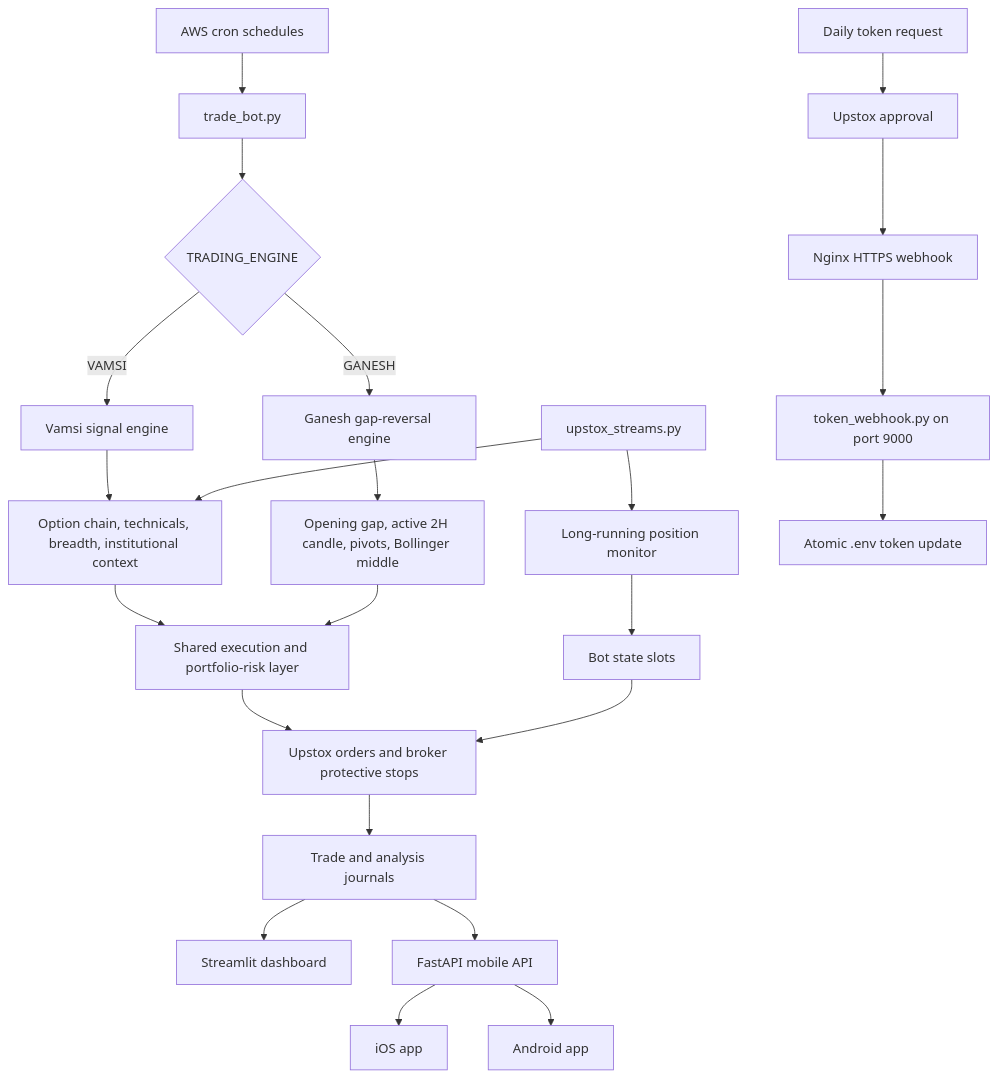
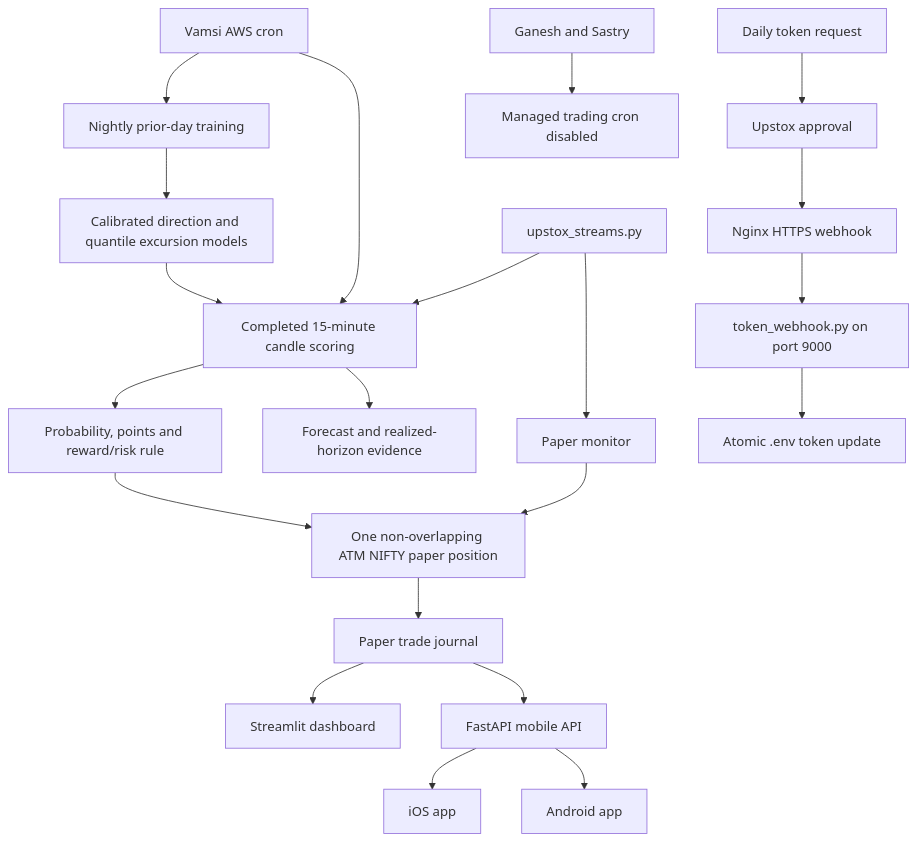
The diagram in PROJECT_ARCHITECTURE_AND_HANDOFF.md (vkp2498-spec/trading-app), drawn with Mermaid before and after one commit. The commit also changed other lines of this file and 12 other files, not shown here.

Commit message:
Introduce paper-only ML shadow engine

````diff
--- a/PROJECT_ARCHITECTURE_AND_HANDOFF.md
+++ b/PROJECT_ARCHITECTURE_AND_HANDOFF.md
@@ -46,31 +50,27 @@
 ```mermaid
 flowchart TD
-    CRON["AWS cron schedules"] --> BOT["trade_bot.py"]
-    BOT --> SELECT{"TRADING_ENGINE"}
-    SELECT -->|VAMSI| VE["Vamsi signal engine"]
-    SELECT -->|GANESH| GE["Ganesh gap-reversal engine"]
-
-    VE --> CORE["Option chain, technicals, breadth, institutional context"]
-    GE --> GAP["Opening gap, active 2H candle, pivots, Bollinger middle"]
-
-    CORE --> RISK["Shared execution and portfolio-risk layer"]
-    GAP --> RISK
-    RISK --> UPSTOX["Upstox orders and broker protective stops"]
-
-    MON["Long-running position monitor"] --> STATE["Bot state slots"]
-    STATE --> UPSTOX
-    UPSTOX --> JOURNAL["Trade and analysis journals"]
+    CRON["Vamsi AWS cron"] --> TRAIN["Nightly prior-day training"]
+    CRON --> SCORE["Completed 15-minute candle scoring"]
+    TRAIN --> MODEL["Calibrated direction and quantile excursion models"]
+    MODEL --> SCORE
+    SCORE --> RULE["Probability, points and reward/risk rule"]
+    RULE --> PAPER["One non-overlapping ATM NIFTY paper position"]
+    MON["Paper monitor"] --> PAPER
+    PAPER --> JOURNAL["Paper trade journal"]
+    SCORE --> EVIDENCE["Forecast and realized-horizon evidence"]
 
     JOURNAL --> DASH["Streamlit dashboard"]
     JOURNAL --> API["FastAPI mobile API"]
     API --> IOS["iOS app"]
     API --> ANDROID["Android app"]
 
     TOKEN["Daily token request"] --> APPROVAL["Upstox approval"]
     APPROVAL --> NGINX["Nginx HTTPS webhook"]
     NGINX --> WEBHOOK["token_webhook.py on port 9000"]
     WEBHOOK --> ENV["Atomic .env token update"]
 
-    STREAM["upstox_streams.py"] --> CORE
+    STREAM["upstox_streams.py"] --> SCORE
     STREAM --> MON
+
+    DISABLED["Ganesh and Sastry"] --> OFF["Managed trading cron disabled"]
 ```
````
